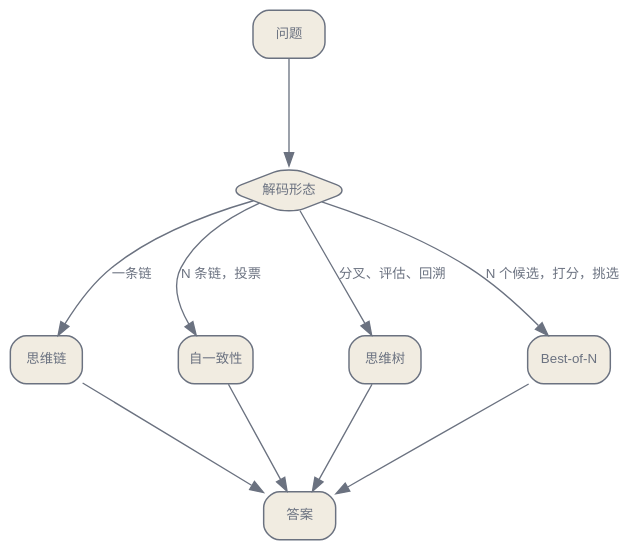
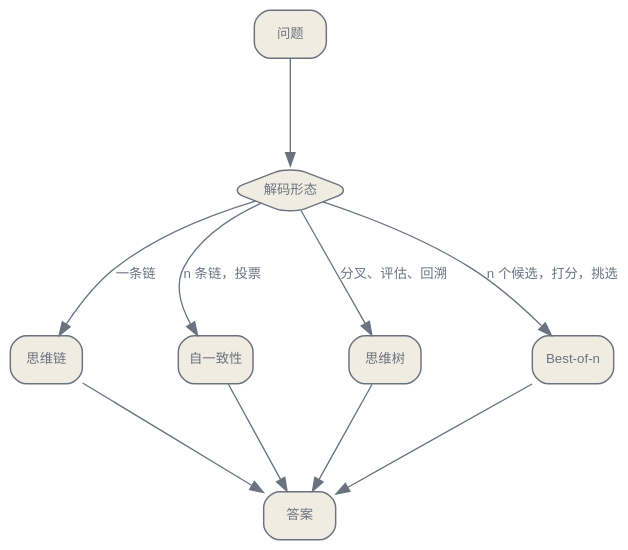
Before and after one commit to latere-ai/ai-as-an-infrastructure: the first of 3 diagrams in zh/reasoning/01-eliciting-reasoning.qmd, drawn with Graphviz. The commit also changed other lines of this file and 3 other files, not shown here.

````diff
--- a/zh/reasoning/01-eliciting-reasoning.qmd
+++ b/zh/reasoning/01-eliciting-reasoning.qmd
@@ -13,27 +13,27 @@
 ```{dot}
 //| label: fig-eliciting-reasoning-shapes
 //| fig-cap: "从一个固定模型引出并选择推理的四种解码形态。每一种都比贪心解码花费更多推断算力，只是结构不同。"
 digraph {
   bgcolor="transparent";
   rankdir=TB;
   nodesep=1.0; ranksep=1.1;
   node [shape=box, style="rounded,filled", fontname="Helvetica", fontsize=10, color="#6b7280", fontcolor="#6b7280", fillcolor="#f1ece1", penwidth=1.1];
   edge [fontsize=10, fontname="Helvetica", color="#6b7280", fontcolor="#6b7280"];
   Q [label="问题"];
   M [label="解码形态", shape=diamond];
   CoT [label="思维链"];
   SC [label="自一致性"];
   ToT [label="思维树"];
-  BoN [label="Best-of-N"];
+  BoN [label="Best-of-n"];
   A [label="答案"];
   Q -> M;
   M -> CoT [label="一条链"];
-  M -> SC [label="N 条链，投票"];
+  M -> SC [label="n 条链，投票"];
   M -> ToT [label="分叉、评估、回溯"];
-  M -> BoN [label="N 个候选，打分，挑选"];
+  M -> BoN [label="n 个候选，打分，挑选"];
   CoT -> A;
   SC -> A;
   ToT -> A;
   BoN -> A;
 }
 ```
````
